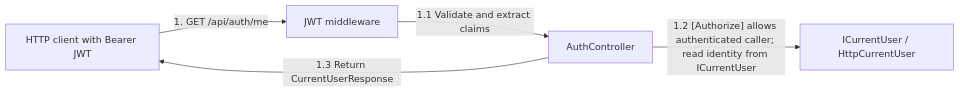
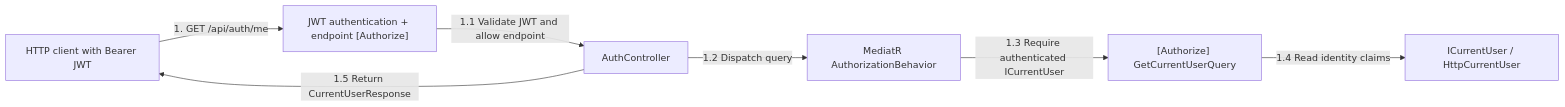
The second of 4 diagrams in src/Services/Auth/COMMUNICATION.md (bogdan-spilevoi/ASET-master-year-1), drawn with Mermaid before and after one commit. The commit also changed other lines of this file and 50 other files, not shown here.

Commit message:
refactor(auth): use attribute-based authorization

````diff
--- a/src/Services/Auth/COMMUNICATION.md
+++ b/src/Services/Auth/COMMUNICATION.md
@@ -69,12 +44,16 @@
 ```mermaid
 flowchart LR
     Client["HTTP client with Bearer JWT"]
-    Auth["JWT middleware"]
+    Middleware["JWT authentication + endpoint [Authorize]"]
     API["AuthController"]
+    Pipeline["MediatR AuthorizationBehavior"]
+    Query["[Authorize] GetCurrentUserQuery"]
     User["ICurrentUser / HttpCurrentUser"]
 
-    Client -->|"1. GET /api/auth/me"| Auth
-    Auth -->|"1.1 Validate and extract claims"| API
-    API -->|"1.2 [Authorize] allows authenticated caller; read identity from ICurrentUser"| User
-    API -->|"1.3 Return CurrentUserResponse"| Client
+    Client -->|"1. GET /api/auth/me"| Middleware
+    Middleware -->|"1.1 Validate JWT and allow endpoint"| API
+    API -->|"1.2 Dispatch query"| Pipeline
+    Pipeline -->|"1.3 Require authenticated ICurrentUser"| Query
+    Query -->|"1.4 Read identity claims"| User
+    API -->|"1.5 Return CurrentUserResponse"| Client
 ```
````
